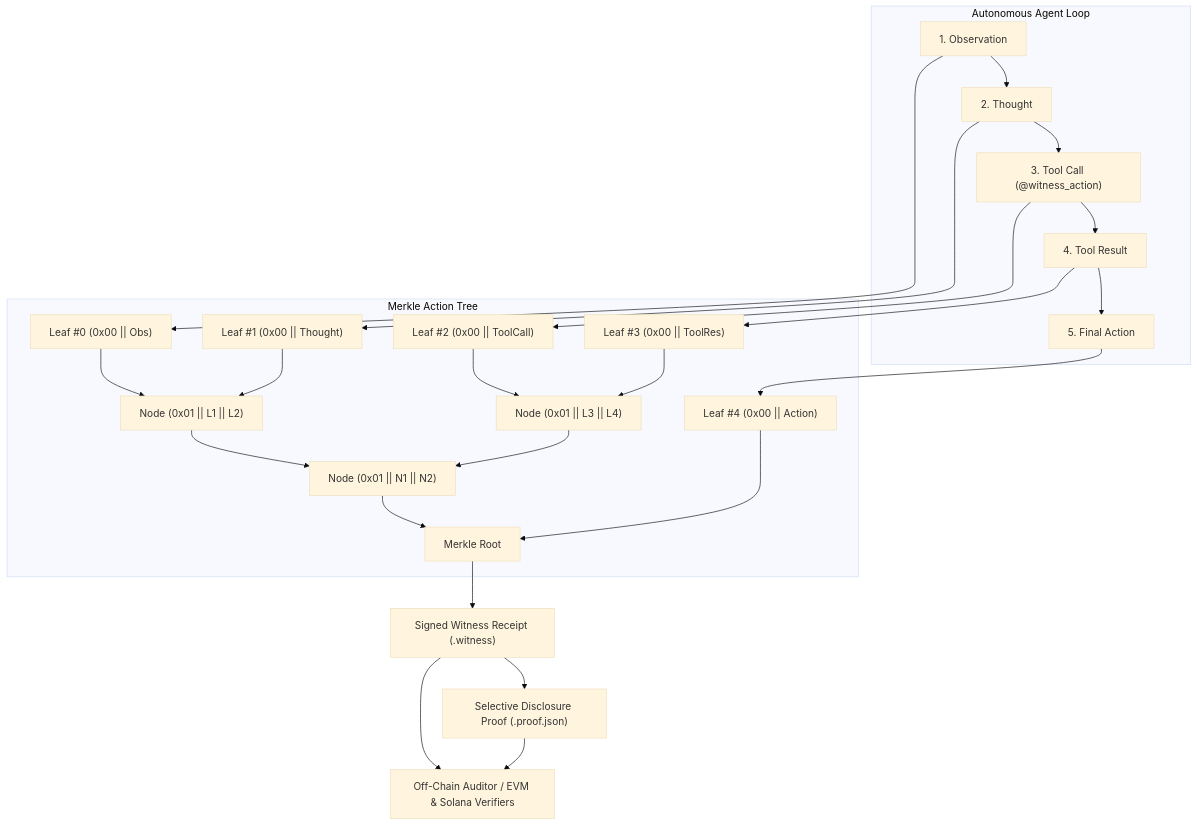
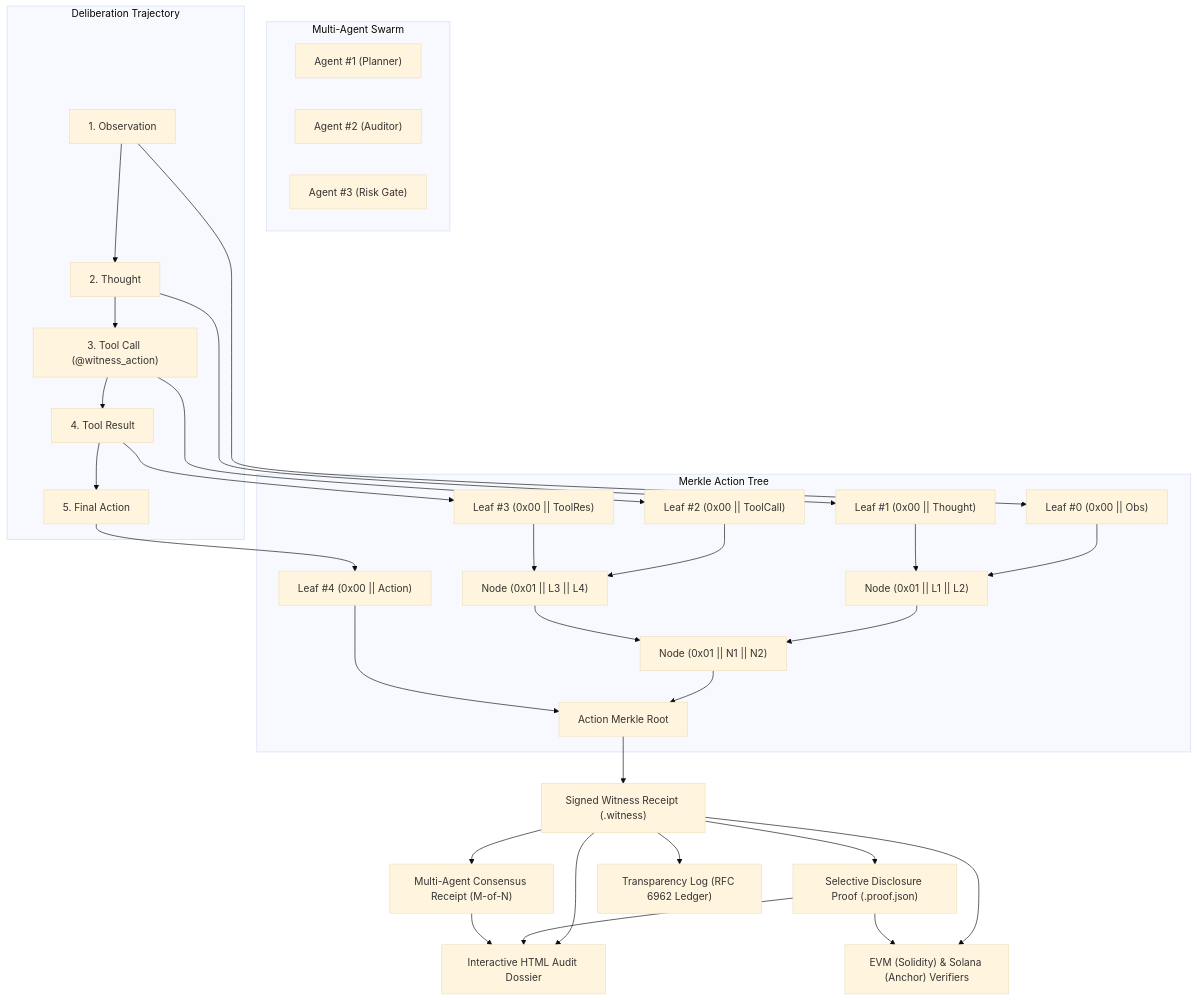
One commit to devsoniclk/agent-witness changed the diagram in README.md. Above: the diagram before and after it, drawn with Mermaid (base theme). The commit also changed other lines of this file and 11 other files, not shown here.

First line of the commit message:
feat: chronological transparency log, multi-agent consensus, and HTML dossier v0.3.0

````diff
--- a/README.md
+++ b/README.md
@@ -33,25 +36,34 @@
 ```mermaid
 flowchart TD
-    subgraph Autonomous Agent Loop
+    subgraph Multi-Agent Swarm
+        A1["Agent #1 (Planner)"]
+        A2["Agent #2 (Auditor)"]
+        A3["Agent #3 (Risk Gate)"]
+    end
+
+    subgraph Deliberation Trajectory
         O["1. Observation"] --> T["2. Thought"]
         T --> C["3. Tool Call (@witness_action)"]
         C --> R["4. Tool Result"]
         R --> D["5. Final Action"]
     end
 
     subgraph Merkle Action Tree
         O --> L1["Leaf #0 (0x00 || Obs)"]
         T --> L2["Leaf #1 (0x00 || Thought)"]
         C --> L3["Leaf #2 (0x00 || ToolCall)"]
         R --> L4["Leaf #3 (0x00 || ToolRes)"]
         D --> L5["Leaf #4 (0x00 || Action)"]
         L1 & L2 --> N1["Node (0x01 || L1 || L2)"]
         L3 & L4 --> N2["Node (0x01 || L3 || L4)"]
         N1 & N2 --> N3["Node (0x01 || N1 || N2)"]
-        N3 & L5 --> ROOT["Merkle Root"]
+        N3 & L5 --> ROOT["Action Merkle Root"]
     end
 
     ROOT --> SIG["Signed Witness Receipt (.witness)"]
     SIG --> BUNDLE["Selective Disclosure Proof (.proof.json)"]
-    SIG & BUNDLE --> AUDIT["Off-Chain Auditor / EVM & Solana Verifiers"]
+    SIG --> CONS["Multi-Agent Consensus Receipt (M-of-N)"]
+    SIG --> LOG["Transparency Log (RFC 6962 Ledger)"]
+    SIG & BUNDLE & CONS --> HTML["Interactive HTML Audit Dossier"]
+    SIG & BUNDLE --> VERIFIERS["EVM (Solidity) & Solana (Anchor) Verifiers"]
 ```
````
